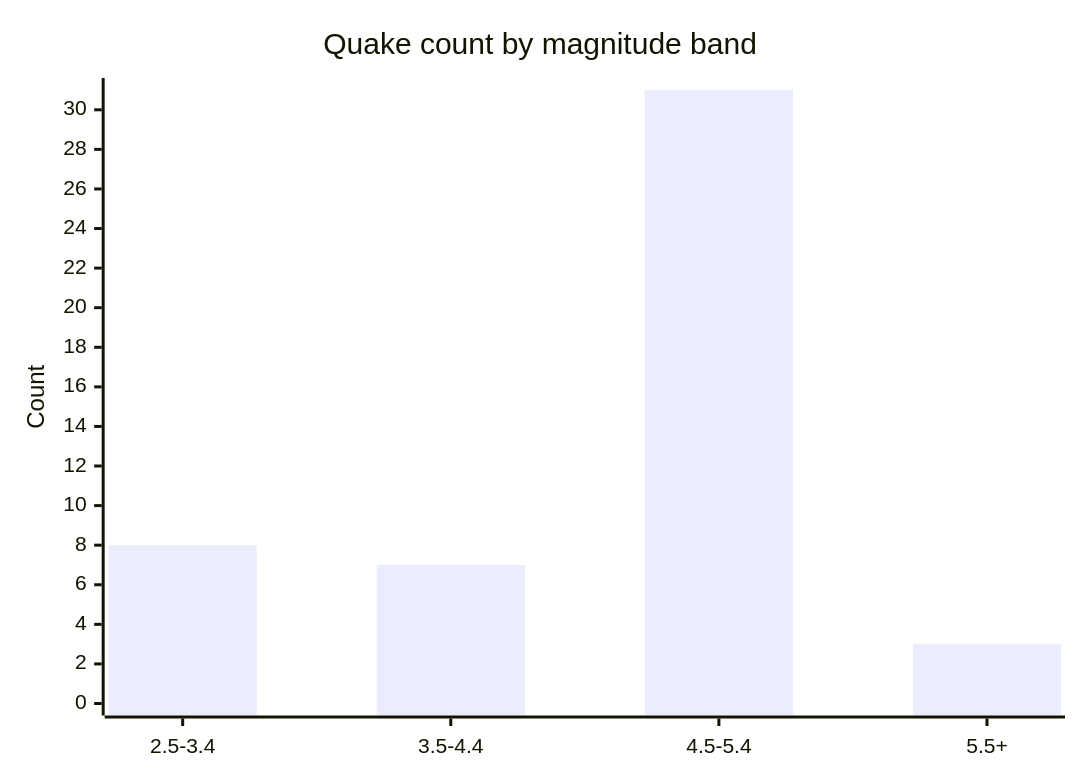
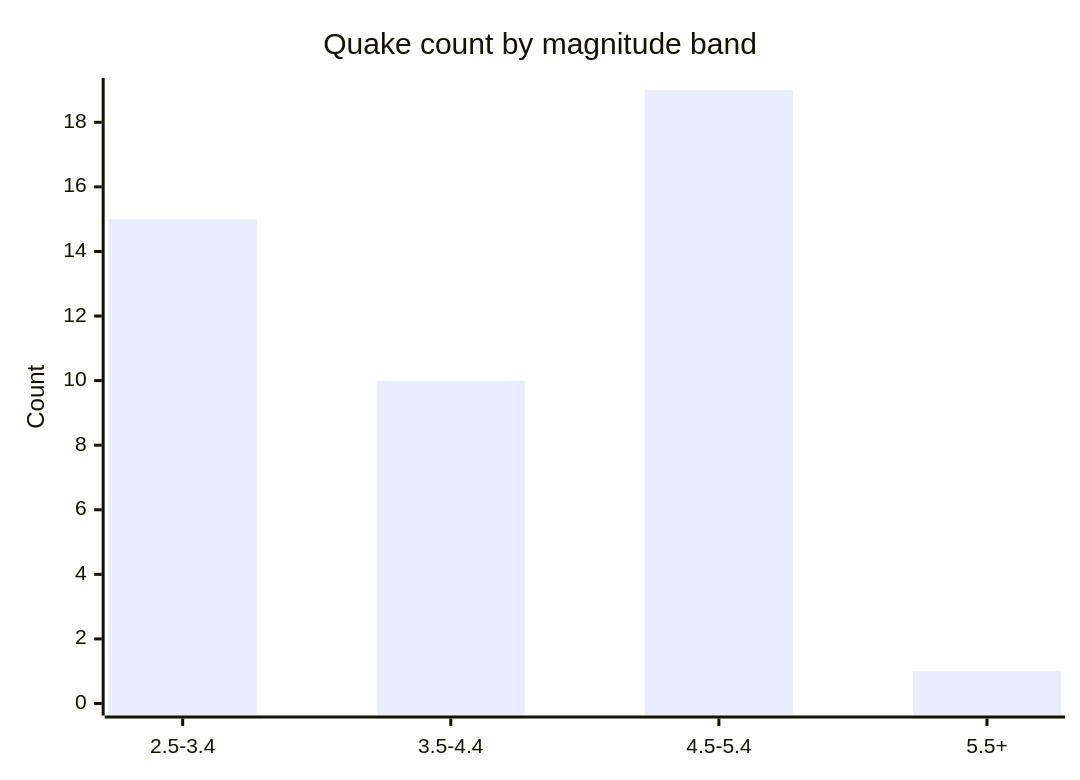
The fifth of 6 diagrams in docs/GRAPHS.md (Midwest-Stratospheric/aerostratospheric-defense-gir), drawn with Mermaid before and after one commit. The commit also changed other lines of this file and 23 other files, not shown here.

````diff
--- a/docs/GRAPHS.md
+++ b/docs/GRAPHS.md
@@ -82,7 +82,7 @@
 ```mermaid
 xychart-beta
   title "Quake count by magnitude band"
   x-axis ["2.5-3.4", "3.5-4.4", "4.5-5.4", "5.5+"]
-  y-axis "Count" 0 --> 31
-  bar [8, 7, 31, 3]
+  y-axis "Count" 0 --> 19
+  bar [15, 10, 19, 1]
 ```
````
